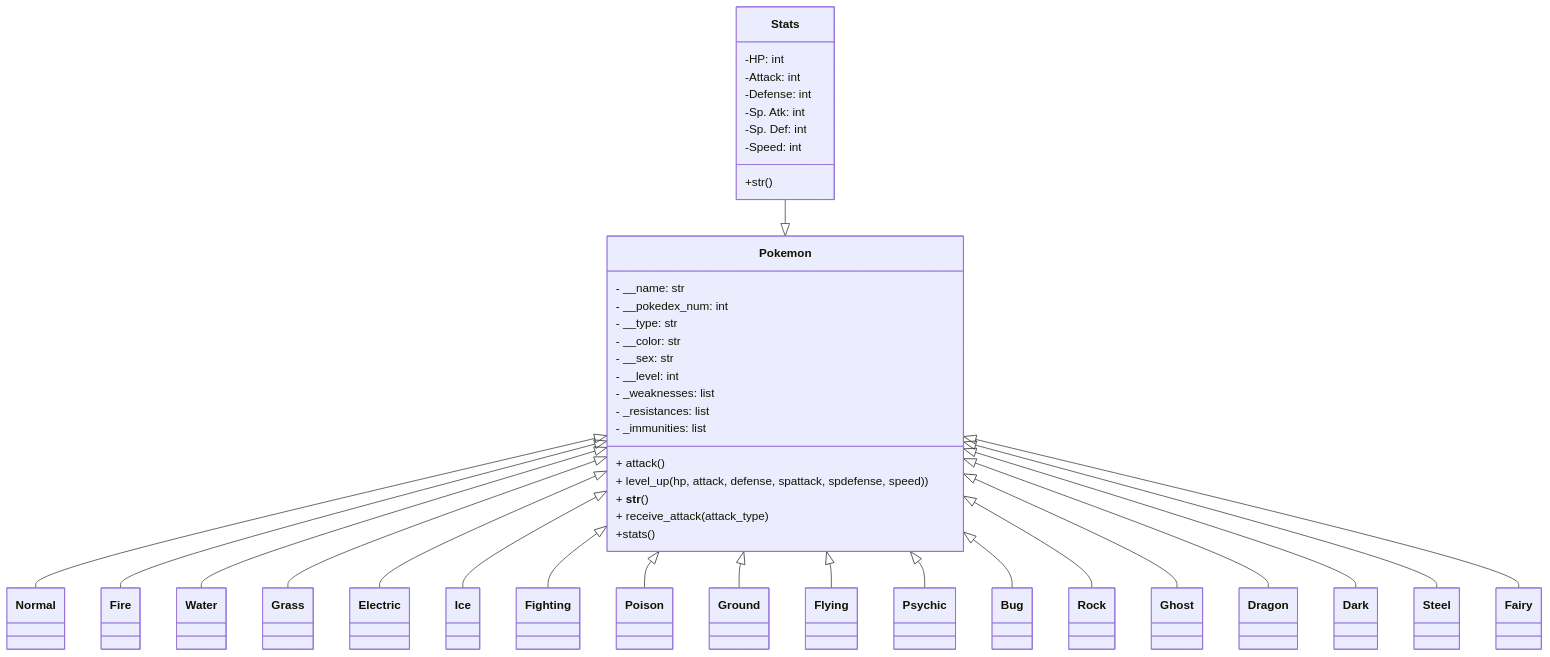
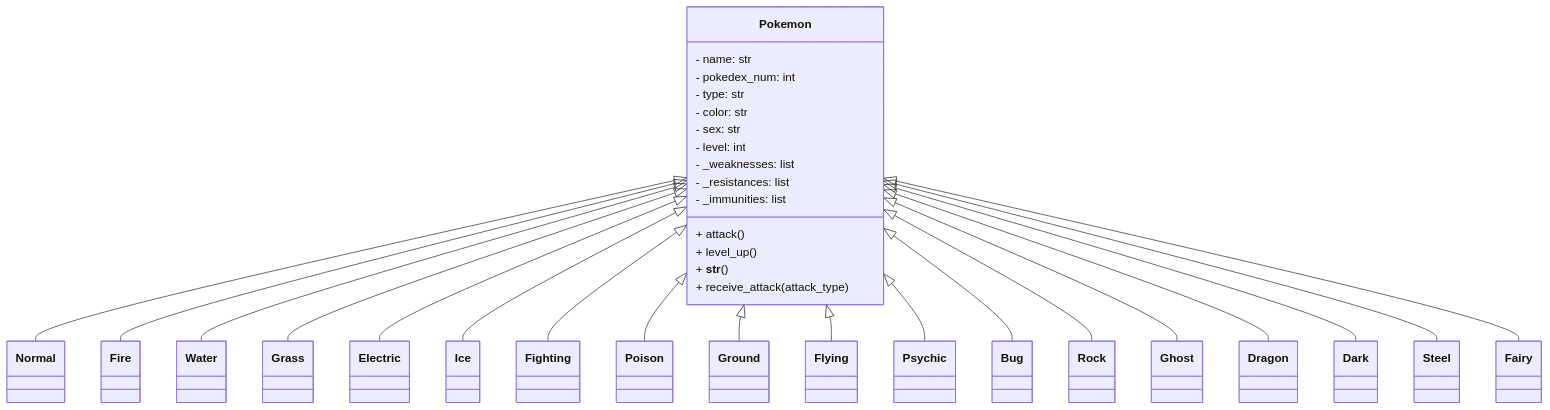
Before and after one commit to seburiticav/poke-repo: the diagram in README.md, drawn with Mermaid. The commit also changed other lines of this file, not shown here.

Commit message:
removed the changes made to the class diagram

````diff
--- a/README.md
+++ b/README.md
@@ -30,66 +30,19 @@
 ```mermaid
 classDiagram
-direction TB
-    class Normal {
-    }
-    class Fire {
-    }
-    class Water {
-    }
-    class Grass {
-    }
-    class Electric {
-    }
-    class Ice {
-    }
-    class Fighting {
-    }
-    class Poison {
-    }
-    class Ground {
-    }
-    class Flying {
-    }
-    class Psychic {
-    }
-    class Bug {
-    }
-    class Rock {
-    }
-    class Ghost {
-    }
-    class Dragon {
-    }
-    class Dark {
-    }
-    class Steel {
-    }
-    class Fairy {
-    }
-    class Stats {
-	    -HP: int
-	    -Attack: int
-	    -Defense: int
-	    -Sp. Atk: int
-	    -Sp. Def: int
-	    -Speed: int
-	    +str()
-    }
     class Pokemon {
-	    - __name: str
-	    - __pokedex_num: int
-	    - __type: str
-	    - __color: str
-	    - __sex: str
-	    - __level: int
-	    - _weaknesses: list
-	    - _resistances: list
-	    - _immunities: list
-	    + attack()
-	    + level_up(hp, attack, defense, spattack, spdefense, speed))
-	    + __str__()
-	    + receive_attack(attack_type)
-	    +stats()
+        - name: str
+        - pokedex_num: int
+        - type: str
+        - color: str
+        - sex: str
+        - level: int
+        - _weaknesses: list
+        - _resistances: list
+        - _immunities: list
+        + attack()
+        + level_up()
+        + __str__()
+        + receive_attack(attack_type)
     }
 
     Pokemon <|-- Normal
@@ -110,6 +63,4 @@
     Pokemon <|-- Dark
     Pokemon <|-- Steel
     Pokemon <|-- Fairy
-    Stats --|> Pokemon
-
 ```
````
